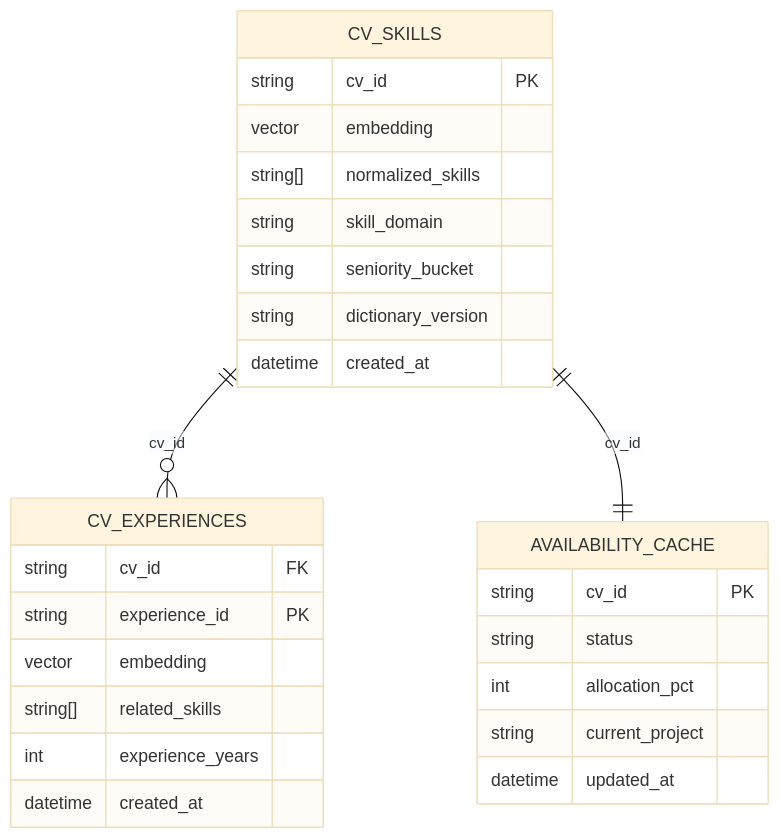
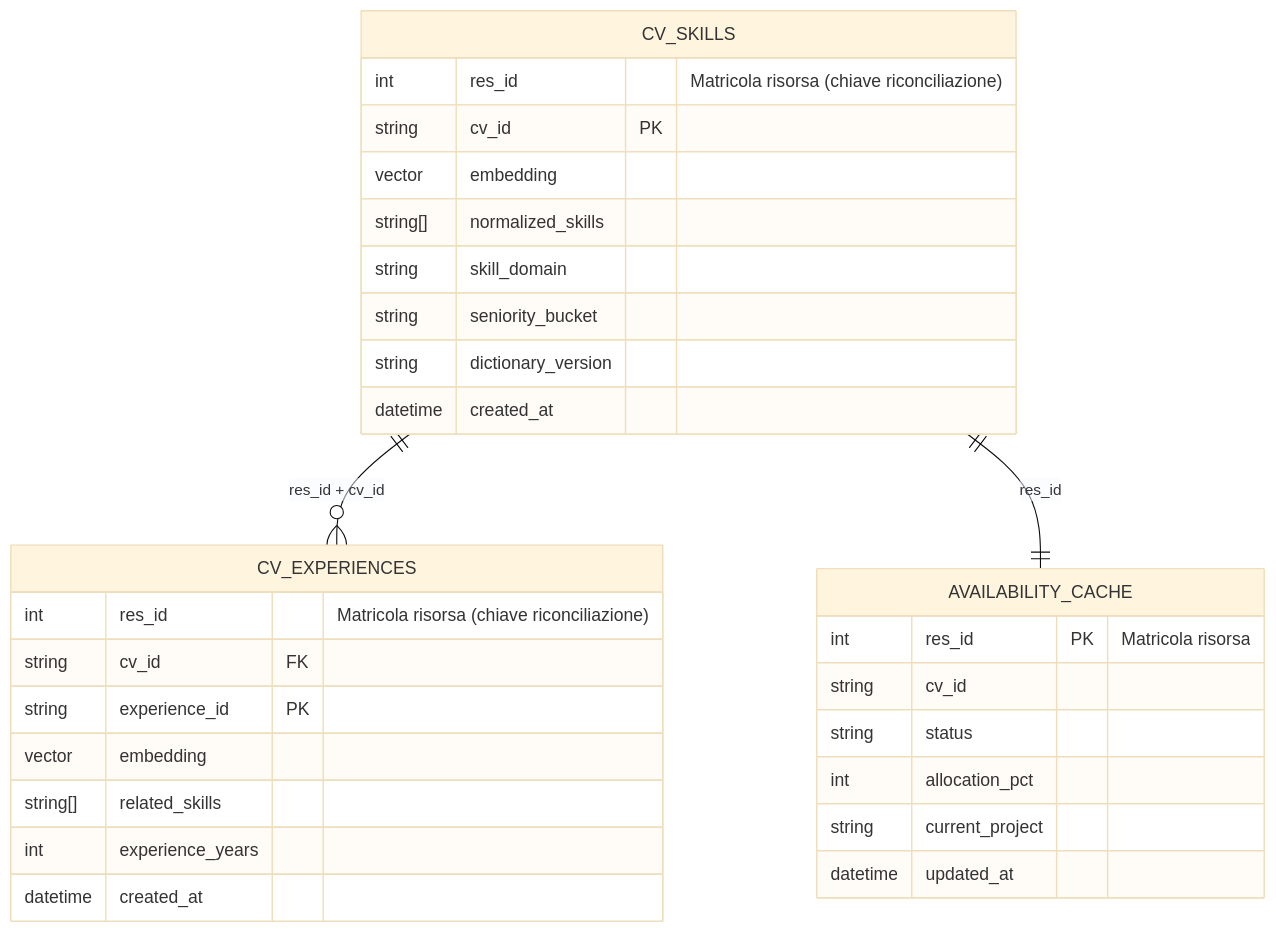
The fourth of 5 diagrams in README.md (giamma80/profilebot), drawn with Mermaid (base theme) before and after one commit. The commit also changed other lines of this file and 34 other files, not shown here.

````diff
--- a/README.md
+++ b/README.md
@@ -136,32 +139,35 @@
 ```mermaid
 erDiagram
     CV_SKILLS {
+        int res_id "Matricola risorsa (chiave riconciliazione)"
         string cv_id PK
         vector embedding
         string[] normalized_skills
         string skill_domain
         string seniority_bucket
         string dictionary_version
         datetime created_at
     }
 
     CV_EXPERIENCES {
+        int res_id "Matricola risorsa (chiave riconciliazione)"
         string cv_id FK
         string experience_id PK
         vector embedding
         string[] related_skills
         int experience_years
         datetime created_at
     }
 
     AVAILABILITY_CACHE {
-        string cv_id PK
+        int res_id PK "Matricola risorsa"
+        string cv_id
         string status
         int allocation_pct
         string current_project
         datetime updated_at
     }
 
-    CV_SKILLS ||--o{ CV_EXPERIENCES : "cv_id"
-    CV_SKILLS ||--|| AVAILABILITY_CACHE : "cv_id"
+    CV_SKILLS ||--o{ CV_EXPERIENCES : "res_id + cv_id"
+    CV_SKILLS ||--|| AVAILABILITY_CACHE : "res_id"
 ```
````
